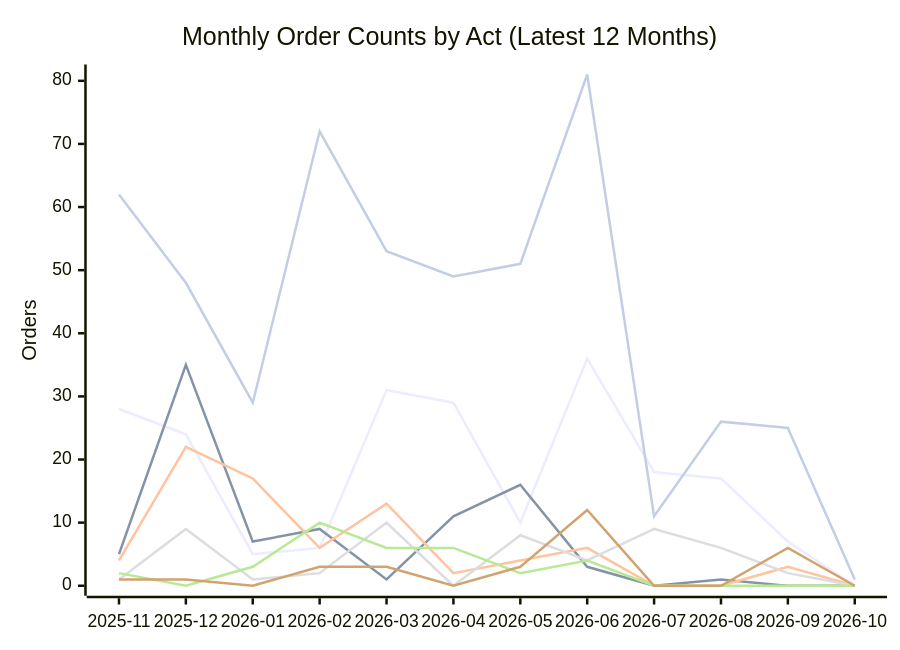
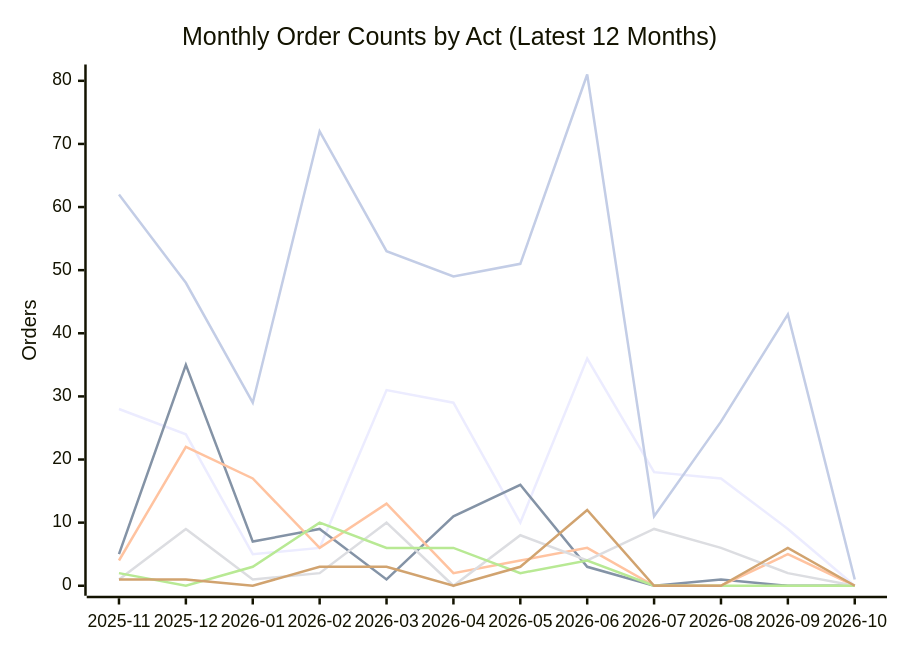
Before and after one commit to PatLittle/oic-data: the second of 2 diagrams in README.md, drawn with Mermaid. The commit also changed other lines of this file and 47 other files, not shown here.

````diff
--- a/README.md
+++ b/README.md
@@ -71,13 +71,13 @@
 ```mermaid
 xychart-beta
     title "Monthly Order Counts by Act (Latest 12 Months)"
     x-axis ["2025-11", "2025-12", "2026-01", "2026-02", "2026-03", "2026-04", "2026-05", "2026-06", "2026-07", "2026-08", "2026-09", "2026-10"]
     y-axis "Orders" 0 --> 81
-    line [28, 24, 5, 6, 31, 29, 10, 36, 18, 17, 7, 0]
+    line [28, 24, 5, 6, 31, 29, 10, 36, 18, 17, 9, 0]
     line [5, 35, 7, 9, 1, 11, 16, 3, 0, 1, 0, 0]
-    line [4, 22, 17, 6, 13, 2, 4, 6, 0, 0, 3, 0]
+    line [4, 22, 17, 6, 13, 2, 4, 6, 0, 0, 5, 0]
     line [1, 9, 1, 2, 10, 0, 8, 4, 9, 6, 2, 0]
     line [2, 0, 3, 10, 6, 6, 2, 4, 0, 0, 0, 0]
     line [1, 1, 0, 3, 3, 0, 3, 12, 0, 0, 6, 0]
-    line [62, 48, 29, 72, 53, 49, 51, 81, 11, 26, 25, 1]
+    line [62, 48, 29, 72, 53, 49, 51, 81, 11, 26, 43, 1]
 ```
````
